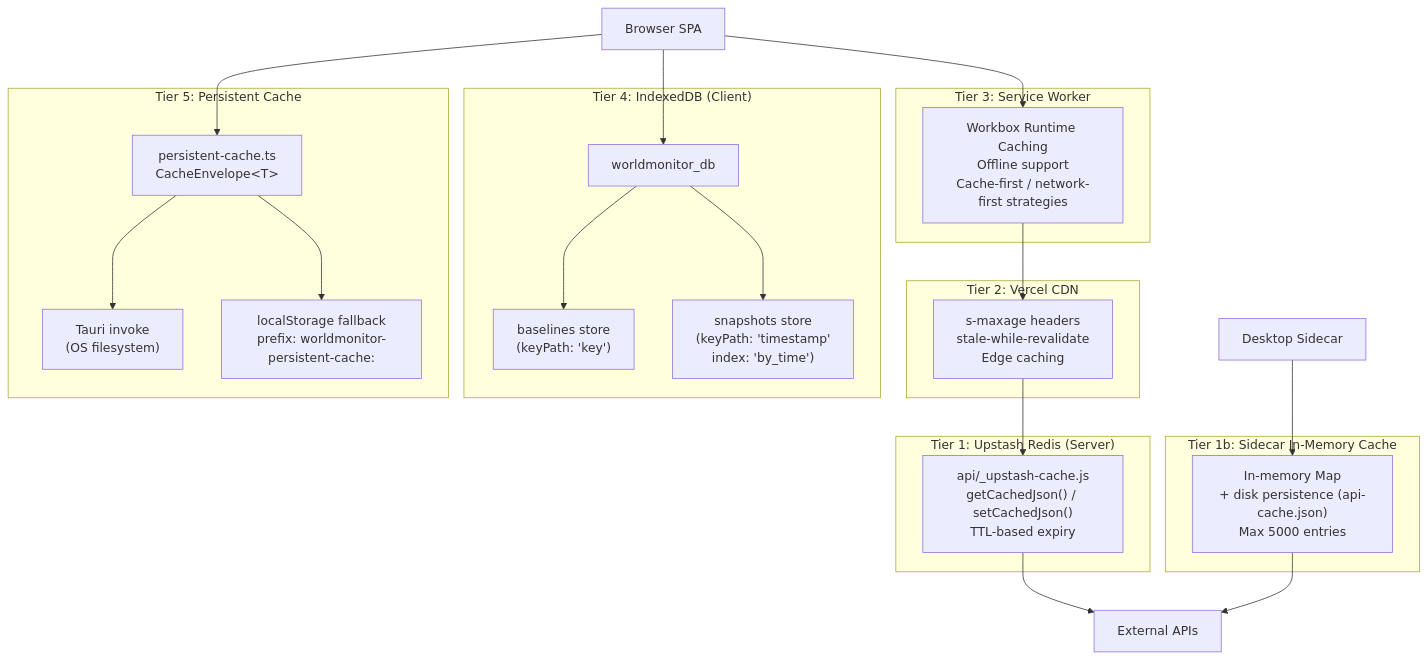
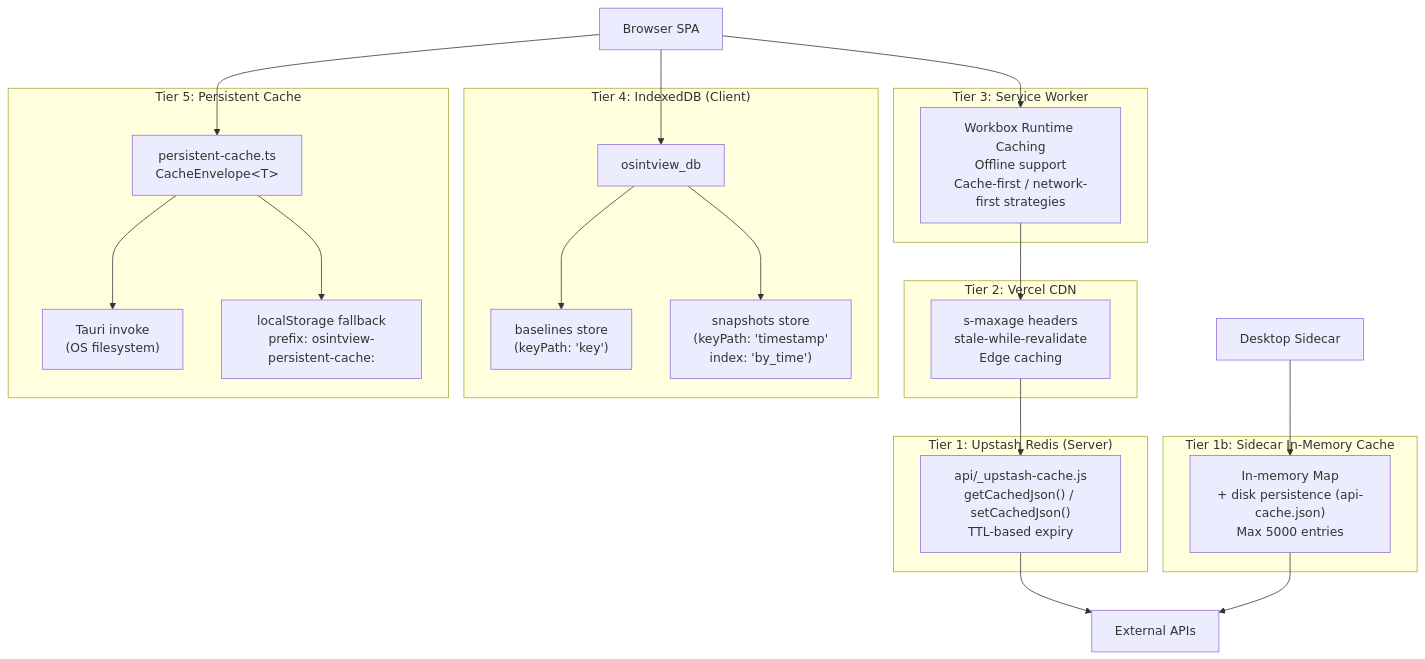
The sixth of 9 diagrams in docs/Docs_To_Review/ARCHITECTURE.md (salamndrgaming-lab/OSINTworldview-v2), drawn with Mermaid before and after one commit. The commit also changed other lines of this file and 223 other files, not shown here.

First line of the commit message:
Phase A: Complete worldmonitor→osintview brand rebrand across codebase

````diff
--- a/docs/Docs_To_Review/ARCHITECTURE.md
+++ b/docs/Docs_To_Review/ARCHITECTURE.md
@@ -491,45 +491,45 @@
 ```mermaid
 graph TD
     subgraph Tier1["Tier 1: Upstash Redis (Server)"]
         Redis["api/_upstash-cache.js<br/>getCachedJson() / setCachedJson()<br/>TTL-based expiry"]
     end
 
     subgraph Tier1b["Tier 1b: Sidecar In-Memory Cache"]
         MemCache["In-memory Map<br/>+ disk persistence (api-cache.json)<br/>Max 5000 entries"]
     end
 
     subgraph Tier2["Tier 2: Vercel CDN"]
         CDN["s-maxage headers<br/>stale-while-revalidate<br/>Edge caching"]
     end
 
     subgraph Tier3["Tier 3: Service Worker"]
         Workbox["Workbox Runtime Caching<br/>Offline support<br/>Cache-first / network-first strategies"]
     end
 
     subgraph Tier4["Tier 4: IndexedDB (Client)"]
-        IDB["worldmonitor_db"]
+        IDB["osintview_db"]
         Baselines["baselines store<br/>(keyPath: 'key')"]
         Snapshots["snapshots store<br/>(keyPath: 'timestamp'<br/>index: 'by_time')"]
         IDB --> Baselines
         IDB --> Snapshots
     end
 
     subgraph Tier5["Tier 5: Persistent Cache"]
         PC["persistent-cache.ts<br/>CacheEnvelope&lt;T&gt;"]
         TauriInvoke["Tauri invoke<br/>(OS filesystem)"]
-        LSFallback["localStorage fallback<br/>prefix: worldmonitor-persistent-cache:"]
+        LSFallback["localStorage fallback<br/>prefix: osintview-persistent-cache:"]
         PC --> TauriInvoke
         PC --> LSFallback
     end
 
     Browser["Browser SPA"] --> Workbox
     Workbox --> CDN
     CDN --> Redis
     Redis --> ExternalAPI["External APIs"]
 
     Browser --> IDB
     Browser --> PC
 
     Sidecar["Desktop Sidecar"] --> MemCache
     MemCache --> ExternalAPI
 ```
````
